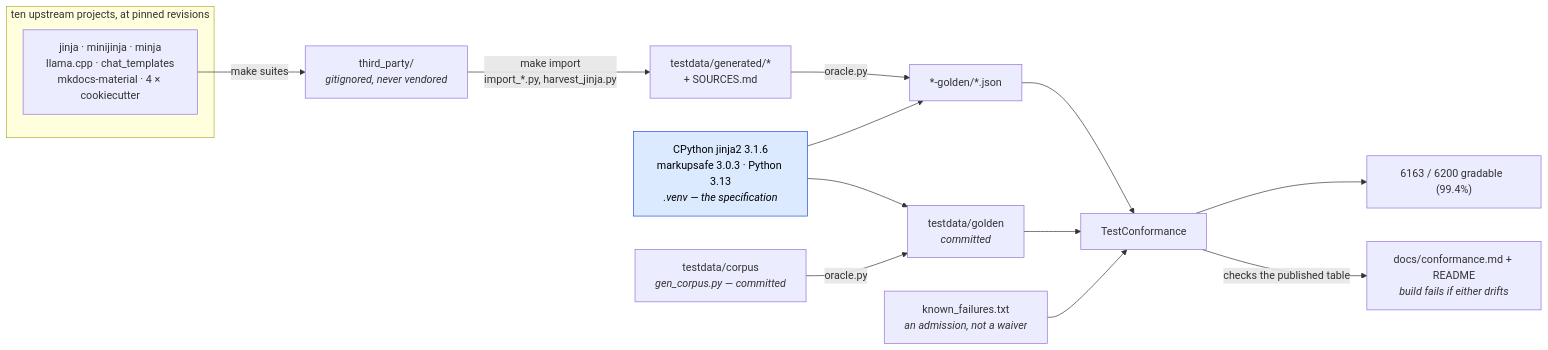
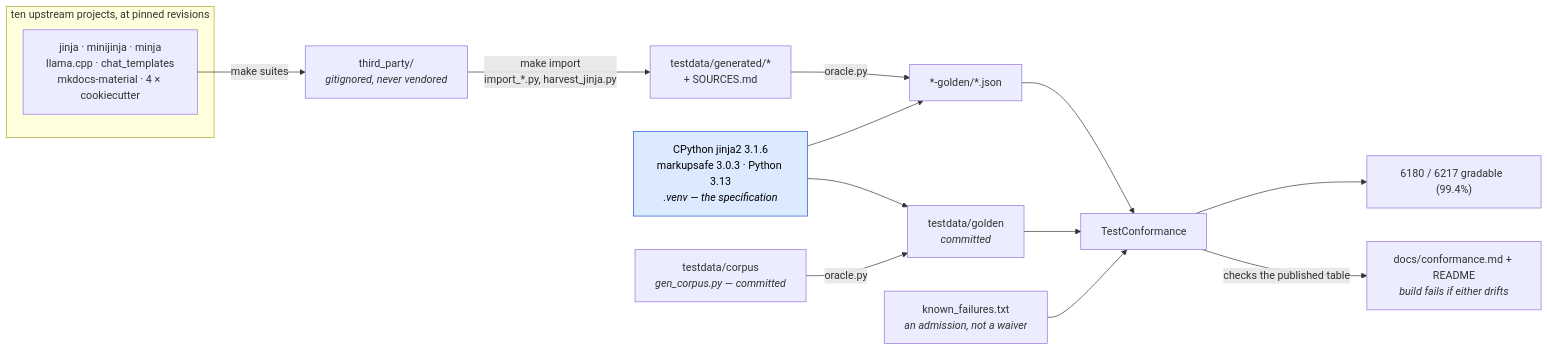
One commit to mgilbir/gojja2 changed the first of 2 diagrams in docs/conformance.md. Above: the diagram before and after it, drawn with Mermaid. The commit also changed other lines of this file and 56 other files, not shown here.

First line of the commit message:
Index a sequence-backed object from an attribute path

````diff
--- a/docs/conformance.md
+++ b/docs/conformance.md
@@ -17,24 +17,24 @@
 ```mermaid
 flowchart LR
     subgraph up["ten upstream projects, at pinned revisions"]
         U1["jinja · minijinja · minja<br/>llama.cpp · chat_templates<br/>mkdocs-material · 4 × cookiecutter"]
     end
     U1 -->|"make suites"| TP["third_party/<br/><i>gitignored, never vendored</i>"]
     TP -->|"make import<br/>import_*.py, harvest_jinja.py"| GEN["testdata/generated/*<br/>+ SOURCES.md"]
 
     ORA["CPython jinja2 3.1.6<br/>markupsafe 3.0.3 · Python 3.13<br/><i>.venv — the specification</i>"]
     GEN -->|"oracle.py"| G2["*-golden/*.json"]
     ORA --> G2
 
     OWN["testdata/corpus<br/><i>gen_corpus.py — committed</i>"] -->|"oracle.py"| G1["testdata/golden<br/><i>committed</i>"]
     ORA --> G1
 
     G1 --> TC["TestConformance"]
     G2 --> TC
     KF["known_failures.txt<br/><i>an admission, not a waiver</i>"] --> TC
-    TC --> RATE["6163 / 6200 gradable  (99.4%)"]
+    TC --> RATE["6180 / 6217 gradable  (99.4%)"]
     TC -->|"checks the published table"| RM["docs/conformance.md + README<br/><i>build fails if either drifts</i>"]
 
     classDef spec fill:#dbeafe,stroke:#1d4ed8,color:#000
     class ORA spec
 ```
````
